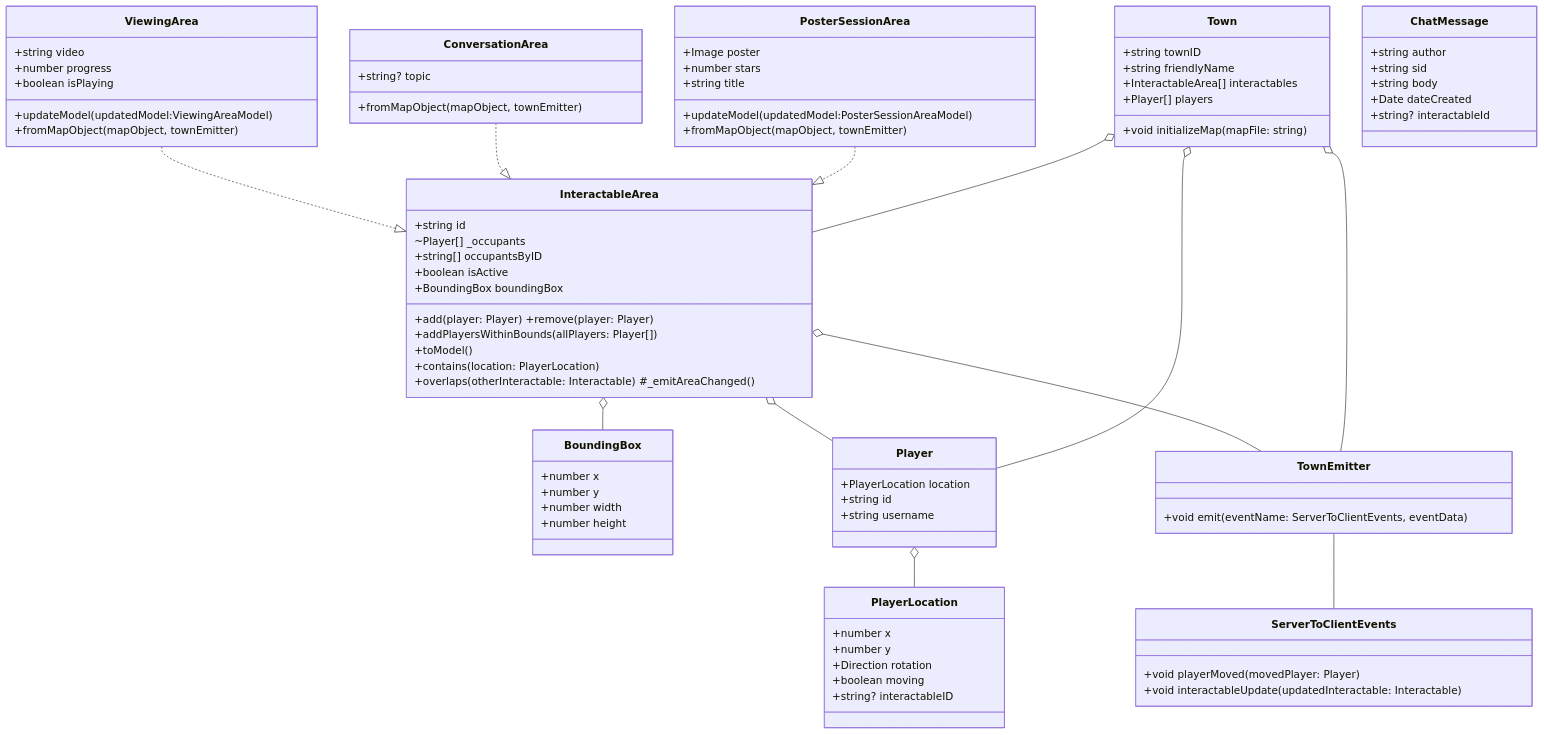
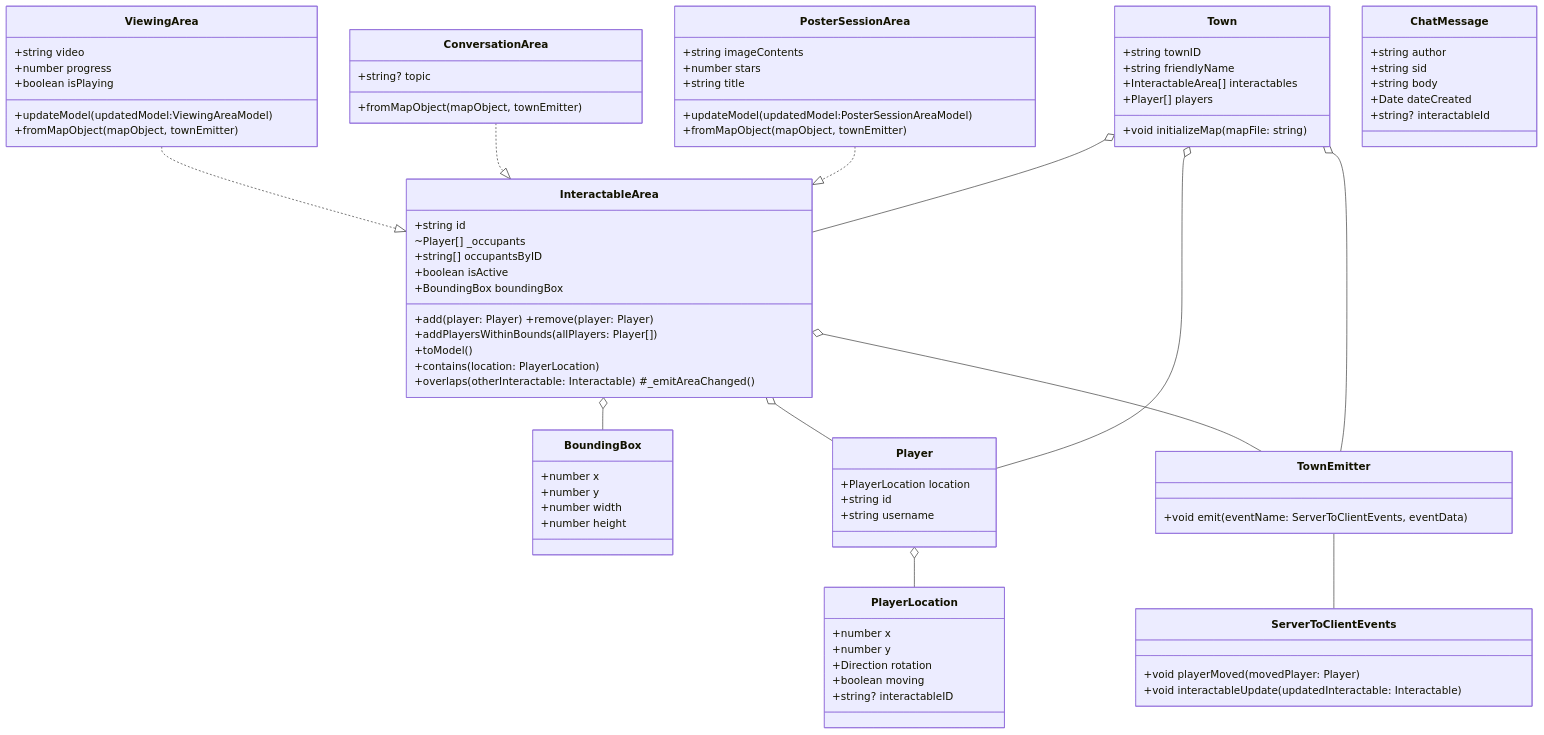
The diagram in Assignments/ip1/ip1.md (neu-se/CS4530-Spring-2023), drawn with Mermaid before and after one commit. The commit also changed other lines of this file, not shown here.

Commit message:
Update ip1.md
Fix mismatch between field name/type in `PosterSessionArea` in the UML diagram type and code (code is right)

```diff
--- a/Assignments/ip1/ip1.md
+++ b/Assignments/ip1/ip1.md
@@ -78,7 +78,7 @@
     +fromMapObject(mapObject, townEmitter) 
 } 
 class PosterSessionArea { 
-    +Image poster 
+    +string imageContents 
     +number stars 
     +string title 
     +updateModel(updatedModel:PosterSessionAreaModel) 
```
